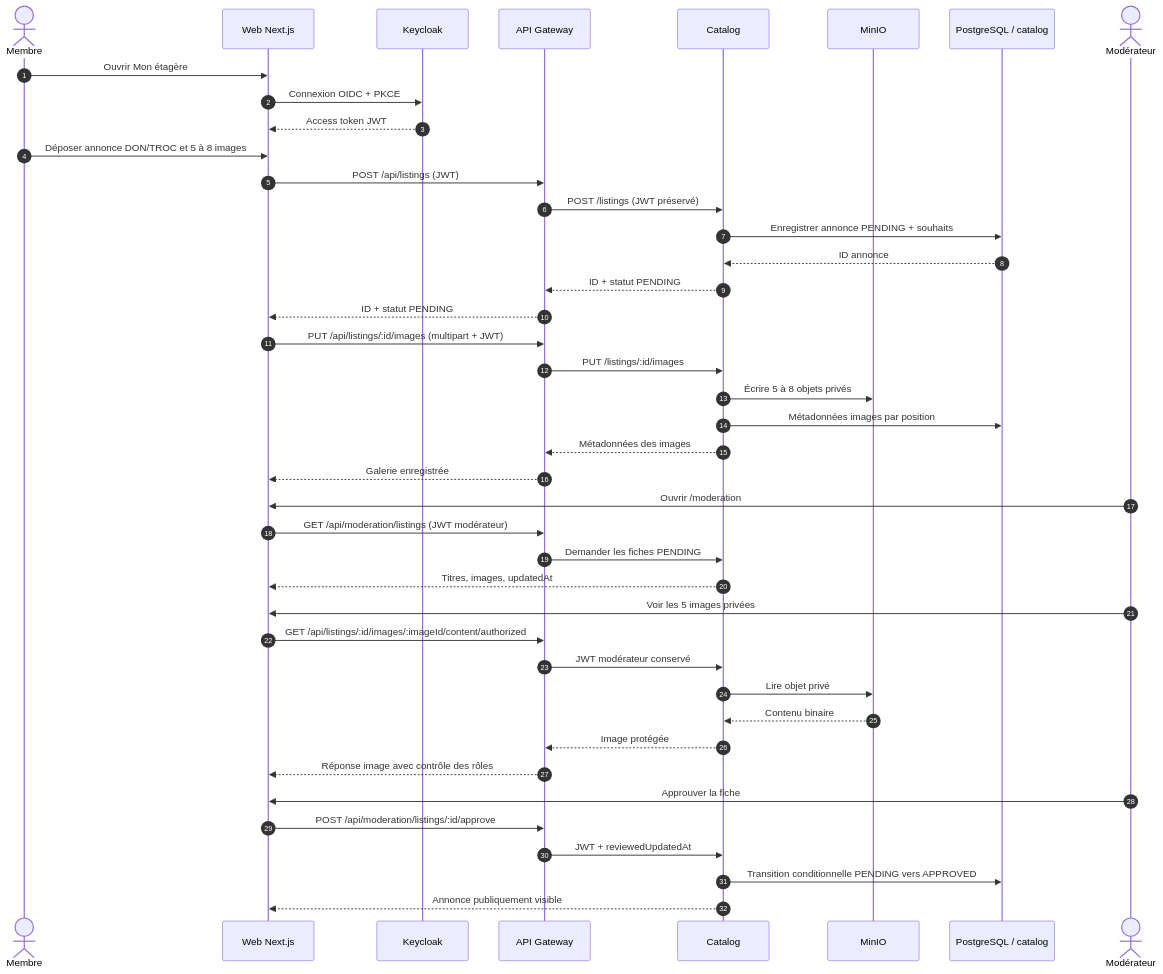
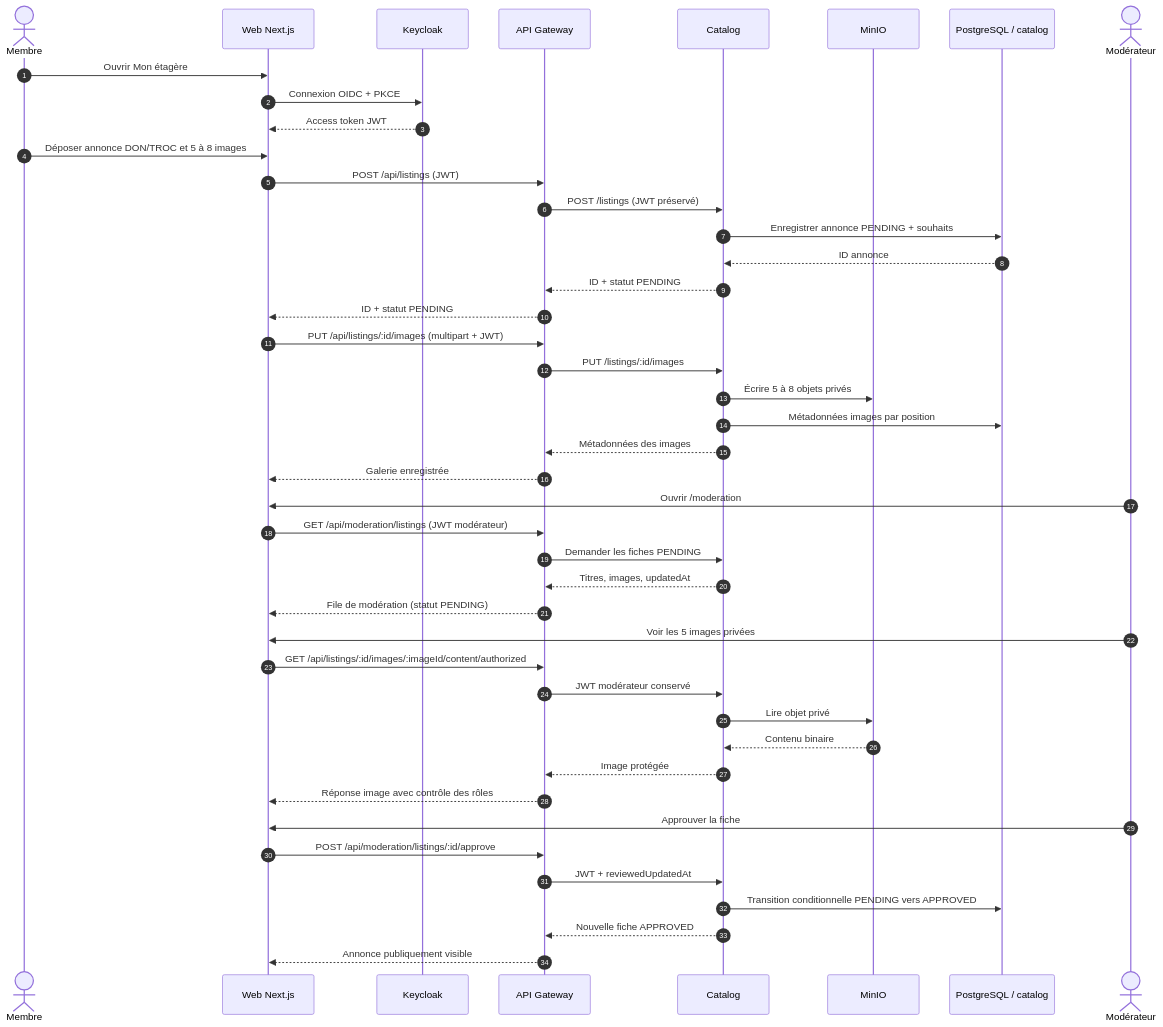
The second of 6 diagrams in docs/24-m10-architecture-finale.md (BALLOPROTEL/Projet_indiV26-espace-com-troc-don), drawn with Mermaid before and after one commit. The commit also changed other lines of this file and 1 other file, not shown here.

Commit message:
docs(#57): address Codex architecture accuracy on auth, legacy, observability and SQL isolation

````diff
--- a/docs/24-m10-architecture-finale.md
+++ b/docs/24-m10-architecture-finale.md
@@ -60,45 +61,47 @@
 ```mermaid
 sequenceDiagram
     autonumber
     actor Member as Membre
     participant Web as Web Next.js
     participant KC as Keycloak
     participant GW as API Gateway
     participant Cat as Catalog
     participant Min as MinIO
     participant DB as PostgreSQL / catalog
     actor Mod as Modérateur
 
     Member->>Web: Ouvrir Mon étagère
     Web->>KC: Connexion OIDC + PKCE
     KC-->>Web: Access token JWT
     Member->>Web: Déposer annonce DON/TROC et 5 à 8 images
     Web->>GW: POST /api/listings (JWT)
     GW->>Cat: POST /listings (JWT préservé)
     Cat->>DB: Enregistrer annonce PENDING + souhaits
     DB-->>Cat: ID annonce
     Cat-->>GW: ID + statut PENDING
     GW-->>Web: ID + statut PENDING
     Web->>GW: PUT /api/listings/:id/images (multipart + JWT)
     GW->>Cat: PUT /listings/:id/images
     Cat->>Min: Écrire 5 à 8 objets privés
     Cat->>DB: Métadonnées images par position
     Cat-->>GW: Métadonnées des images
     GW-->>Web: Galerie enregistrée
     Mod->>Web: Ouvrir /moderation
     Web->>GW: GET /api/moderation/listings (JWT modérateur)
     GW->>Cat: Demander les fiches PENDING
-    Cat-->>Web: Titres, images, updatedAt
+    Cat-->>GW: Titres, images, updatedAt
+    GW-->>Web: File de modération (statut PENDING)
     Mod->>Web: Voir les 5 images privées
     Web->>GW: GET /api/listings/:id/images/:imageId/content/authorized
     GW->>Cat: JWT modérateur conservé
     Cat->>Min: Lire objet privé
     Min-->>Cat: Contenu binaire
     Cat-->>GW: Image protégée
     GW-->>Web: Réponse image avec contrôle des rôles
     Mod->>Web: Approuver la fiche
     Web->>GW: POST /api/moderation/listings/:id/approve
     GW->>Cat: JWT + reviewedUpdatedAt
     Cat->>DB: Transition conditionnelle PENDING vers APPROVED
-    Cat-->>Web: Annonce publiquement visible
+    Cat-->>GW: Nouvelle fiche APPROVED
+    GW-->>Web: Annonce publiquement visible
 ```
````
